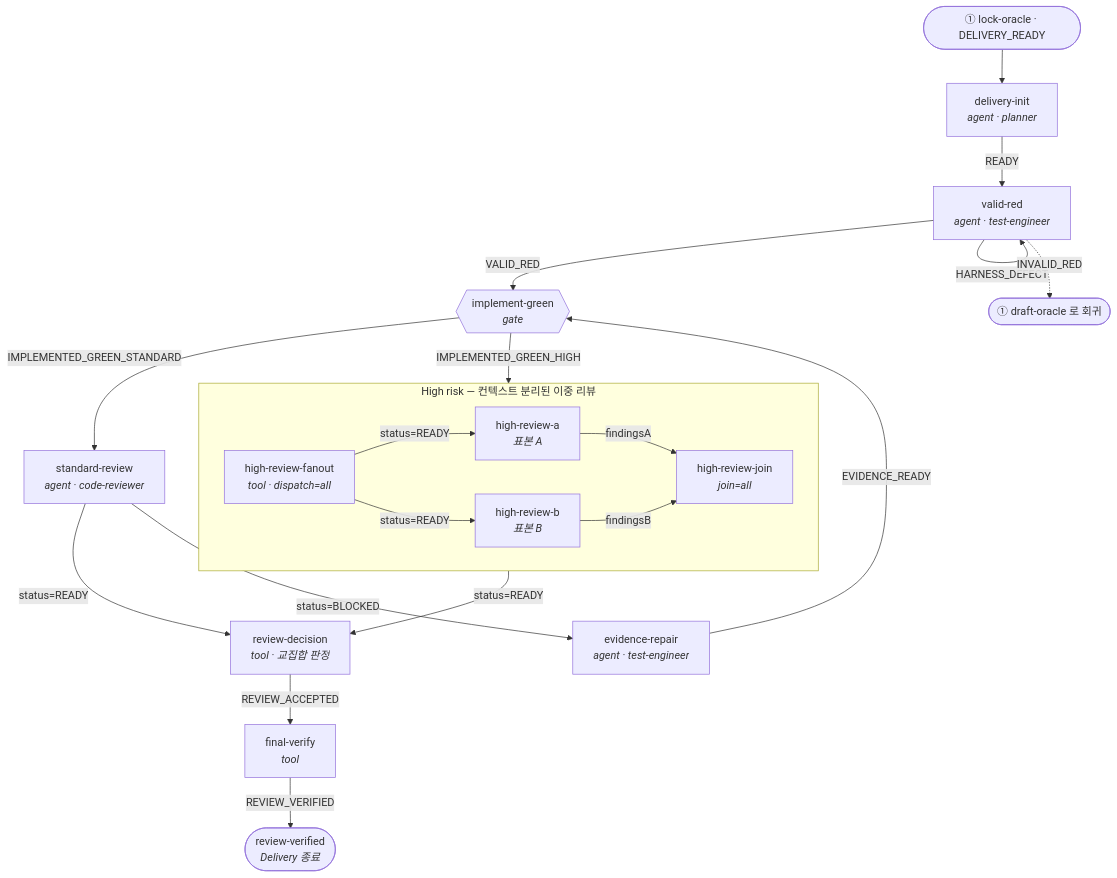
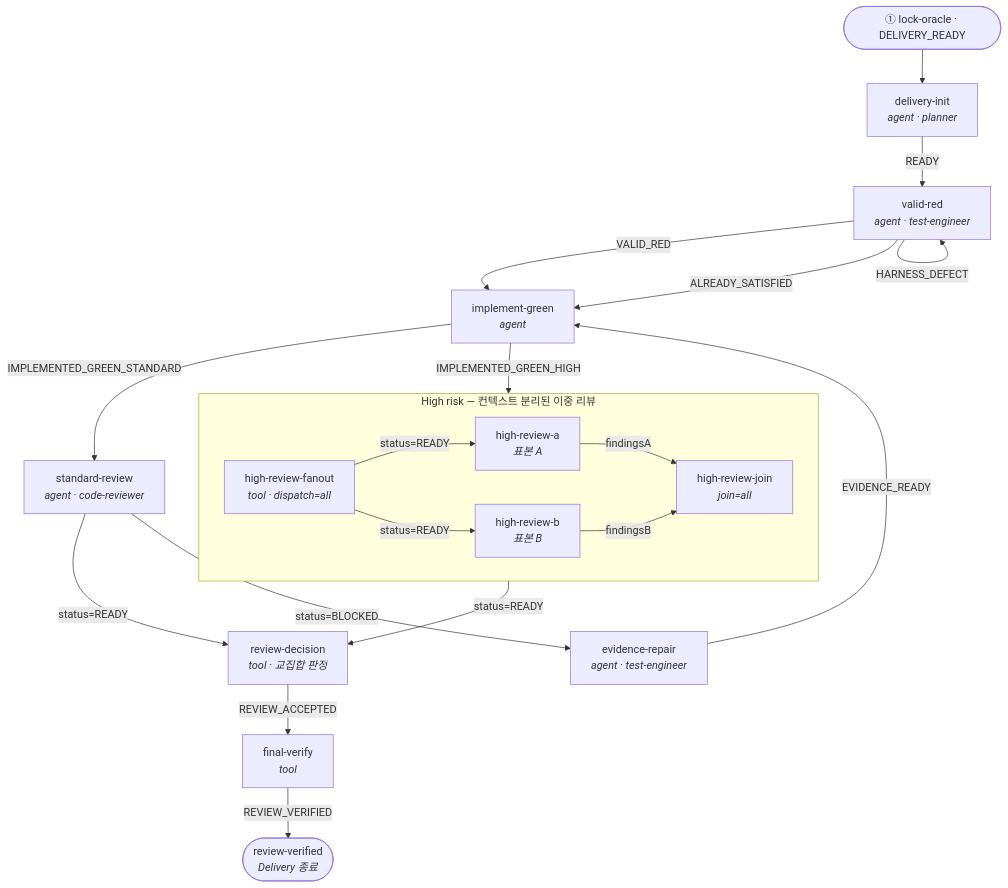
Before and after one commit to lodado/shareds: the second of 3 diagrams in packages/frontend-oracle-design/skills/README.md, drawn with Mermaid. The commit also changed other lines of this file and 43 other files, not shown here.

````diff
--- a/packages/frontend-oracle-design/skills/README.md
+++ b/packages/frontend-oracle-design/skills/README.md
@@ -48,27 +49,27 @@
 ```mermaid
 flowchart TB
   IN(["① lock-oracle · DELIVERY_READY"]) --> I["delivery-init<br/><i>agent · planner</i>"]
   I -->|READY| R["valid-red<br/><i>agent · test-engineer</i>"]
-  R -->|VALID_RED| G{{"implement-green<br/><i>gate</i>"}}
+  R -->|VALID_RED| G["implement-green<br/><i>agent</i>"]
+  R -->|ALREADY_SATISFIED| G
   R -->|HARNESS_DEFECT| R
-  R -.->|INVALID_RED| PG(["① draft-oracle 로 회귀"])
 
   G -->|IMPLEMENTED_GREEN_STANDARD| SR["standard-review<br/><i>agent · code-reviewer</i>"]
   G -->|IMPLEMENTED_GREEN_HIGH| FO["high-review-fanout<br/><i>tool · dispatch=all</i>"]
 
   subgraph HIGH["High risk — 컨텍스트 분리된 이중 리뷰"]
     direction LR
     FO -->|status=READY| A["high-review-a<br/><i>표본 A</i>"]
     FO -->|status=READY| B["high-review-b<br/><i>표본 B</i>"]
     A -->|findingsA| J["high-review-join<br/><i>join=all</i>"]
     B -->|findingsB| J
   end
 
   SR -->|status=READY| RD["review-decision<br/><i>tool · 교집합 판정</i>"]
   J -->|status=READY| RD
   RD -->|REVIEW_ACCEPTED| FV["final-verify<br/><i>tool</i>"]
   FV -->|REVIEW_VERIFIED| RV(["review-verified<br/><i>Delivery 종료</i>"])
 
   SR -->|status=BLOCKED| E["evidence-repair<br/><i>agent · test-engineer</i>"]
   E -->|EVIDENCE_READY| G
 ```
````
